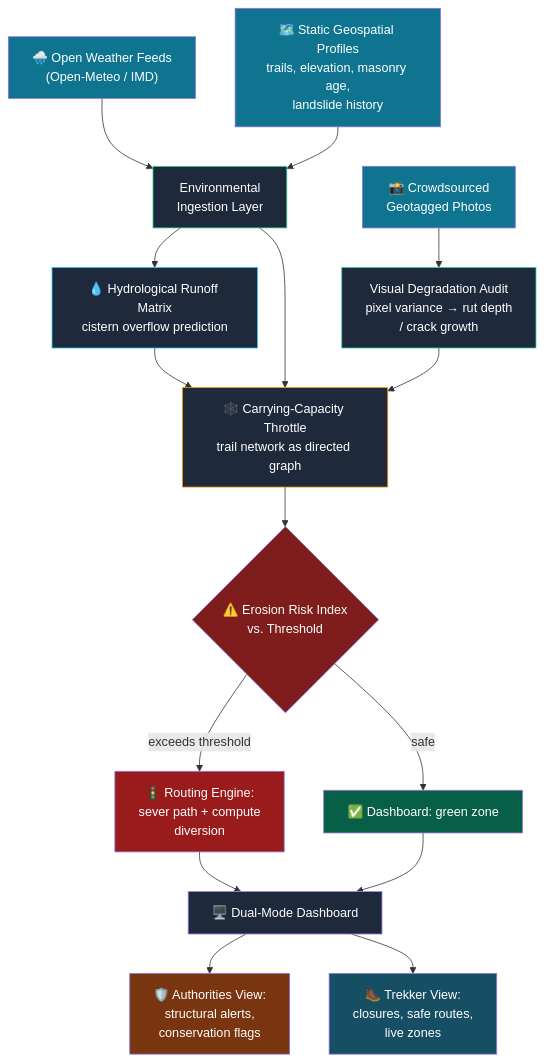
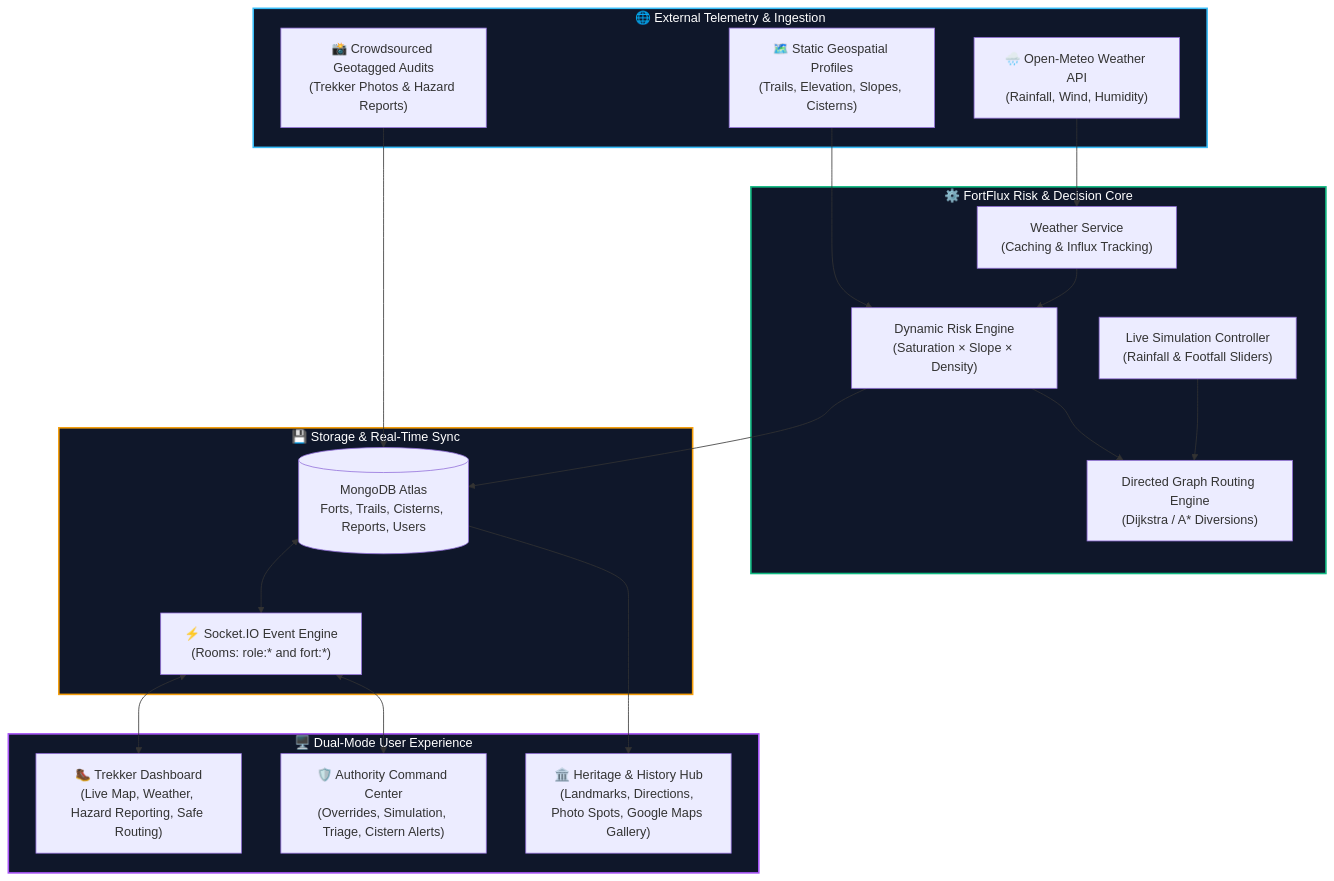
One commit to Ashutoshmore24/FortFlux changed the first of 2 diagrams in README.md. Above: the diagram before and after it, drawn with Mermaid. The commit also changed other lines of this file, not shown here.

````diff
--- a/README.md
+++ b/README.md
@@ -101,36 +140,43 @@
 ```mermaid
-flowchart TD
-    A["🌧️ Open Weather Feeds<br/>(Open-Meteo / IMD)"] --> D["Environmental<br/>Ingestion Layer"]
-    B["🗺️ Static Geospatial Profiles<br/>trails, elevation, masonry age,<br/>landslide history"] --> D
-    C["📸 Crowdsourced<br/>Geotagged Photos"] --> E["Visual Degradation Audit<br/>pixel variance → rut depth<br/>/ crack growth"]
+flowchart TB
+    subgraph ExternalFeeds["🌐 External Telemetry & Ingestion"]
+        A["🌧️ Open-Meteo Weather API<br/>(Rainfall, Wind, Humidity)"]
+        B["🗺️ Static Geospatial Profiles<br/>(Trails, Elevation, Slopes, Cisterns)"]
+        C["📸 Crowdsourced Geotagged Audits<br/>(Trekker Photos & Hazard Reports)"]
+    end
 
-    D --> F["💧 Hydrological Runoff Matrix<br/>cistern overflow prediction"]
-    D --> G["🕸️ Carrying-Capacity Throttle<br/>trail network as directed graph"]
-    E --> G
-    F --> G
+    subgraph CoreEngine["⚙️ FortFlux Risk & Decision Core"]
+        D["Weather Service<br/>(Caching & Influx Tracking)"]
+        E["Dynamic Risk Engine<br/>(Saturation × Slope × Density)"]
+        F["Directed Graph Routing Engine<br/>(Dijkstra / A* Diversions)"]
+        G["Live Simulation Controller<br/>(Rainfall & Footfall Sliders)"]
+    end
 
-    G --> H{"⚠️ Erosion Risk Index<br/>vs. Threshold"}
+    subgraph DataStore["💾 Storage & Real-Time Sync"]
+        H[("MongoDB Atlas<br/>Forts, Trails, Cisterns, Reports, Users")]
+        I["⚡ Socket.IO Event Engine<br/>(Rooms: role:* and fort:*)"]
+    end
 
-    H -- "exceeds threshold" --> I["🚦 Routing Engine:<br/>sever path + compute<br/>diversion"]
-    H -- "safe" --> J["✅ Dashboard: green zone"]
+    subgraph Clients["🖥️ Dual-Mode User Experience"]
+        J["🥾 Trekker Dashboard<br/>(Live Map, Weather, Hazard Reporting, Safe Routing)"]
+        K["🛡️ Authority Command Center<br/>(Overrides, Simulation, Triage, Cistern Alerts)"]
+        L["🏛️ Heritage & History Hub<br/>(Landmarks, Directions, Photo Spots, Google Maps Gallery)"]
+    end
 
-    I --> K["🖥️ Dual-Mode Dashboard"]
-    J --> K
+    A --> D
+    B --> E
+    C --> H
+    D --> E
+    E --> F
+    G --> F
+    E --> H
+    H <--> I
+    I <--> J
+    I <--> K
+    H --> L
 
-    K --> L["🛡️ Authorities View:<br/>structural alerts,<br/>conservation flags"]
-    K --> M["🥾 Trekker View:<br/>closures, safe routes,<br/>live zones"]
-
-    style A fill:#0e7490,color:#fff
-    style B fill:#0e7490,color:#fff
-    style C fill:#0e7490,color:#fff
-    style D fill:#1e293b,color:#fff,stroke:#34d399
-    style E fill:#1e293b,color:#fff,stroke:#34d399
-    style F fill:#1e293b,color:#fff,stroke:#38bdf8
-    style G fill:#1e293b,color:#fff,stroke:#f59e0b
-    style H fill:#7f1d1d,color:#fff
-    style I fill:#991b1b,color:#fff
-    style J fill:#065f46,color:#fff
-    style K fill:#1e293b,color:#fff,stroke:#a78bfa
-    style L fill:#78350f,color:#fff
-    style M fill:#164e63,color:#fff
+    style ExternalFeeds fill:#0f172a,stroke:#38bdf8,stroke-width:2px,color:#fff
+    style CoreEngine fill:#0f172a,stroke:#10b981,stroke-width:2px,color:#fff
+    style DataStore fill:#0f172a,stroke:#f59e0b,stroke-width:2px,color:#fff
+    style Clients fill:#0f172a,stroke:#a855f7,stroke-width:2px,color:#fff
 ```
````
